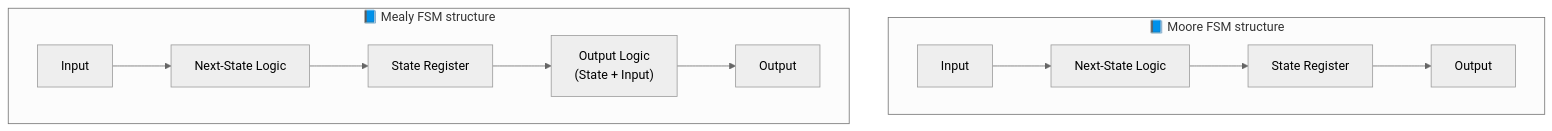
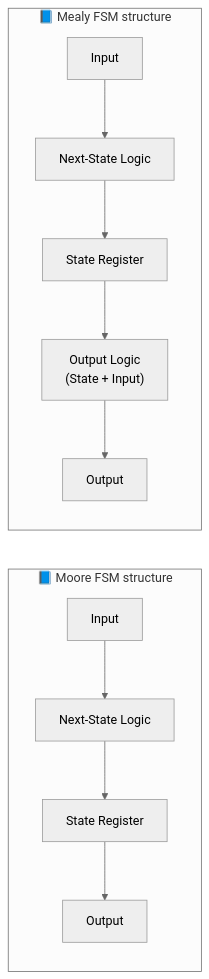
Before and after one commit to Samizo-AITL/Edusemi-v4x: the third of 3 diagrams in chapter2_comb_logic/2.6_fsm_intro.md, drawn with Mermaid (neutral theme).

````diff
--- a/chapter2_comb_logic/2.6_fsm_intro.md
+++ b/chapter2_comb_logic/2.6_fsm_intro.md
@@ -92,24 +92,24 @@
 ```mermaid
-flowchart TB
+flowchart LR
     %% Moore FSM構造（上）
     subgraph MooreFSM [📘 Moore FSM structure]
-        direction LR
+        direction TB
         M1["Input"]
         M2["Next-State Logic"]
         M3["State Register"]
         M4["Output"]
         M1 --> M2 --> M3 --> M4
     end
 
     %% Mealy FSM構造（下）
     subgraph MealyFSM [📘 Mealy FSM structure]
-        direction LR
+        direction TB
         E1["Input"]
         E2["Next-State Logic"]
         E3["State Register"]
         E4["Output Logic<br/>(State + Input)"]
         E5["Output"]
         E1 --> E2 --> E3 --> E4 --> E5
     end
 
 ```
````
